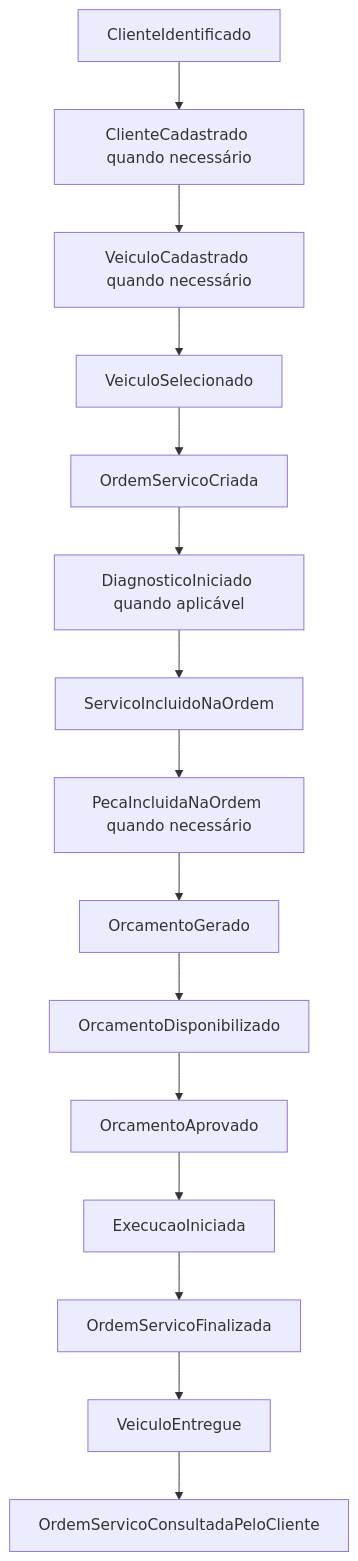
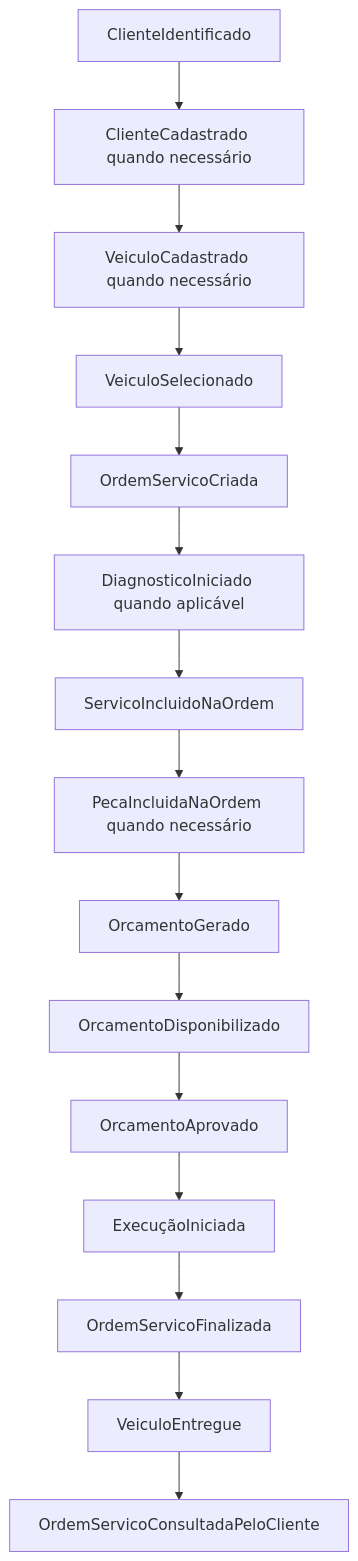
Before and after one commit to yxsbx/SOAT-FIAP: the second of 7 diagrams in docs/EVENT_STORMING.md, drawn with Mermaid. The commit also changed other lines of this file and 34 other files, not shown here.

````diff
--- a/docs/EVENT_STORMING.md
+++ b/docs/EVENT_STORMING.md
@@ -349,20 +349,20 @@
 ```mermaid
 flowchart TD
     E1["ClienteIdentificado"]
     E2["ClienteCadastrado quando necessário"]
     E3["VeiculoCadastrado quando necessário"]
     E4["VeiculoSelecionado"]
     E5["OrdemServicoCriada"]
     E6["DiagnosticoIniciado quando aplicável"]
     E7["ServicoIncluidoNaOrdem"]
     E8["PecaIncluidaNaOrdem quando necessário"]
     E9["OrcamentoGerado"]
     E10["OrcamentoDisponibilizado"]
     E11["OrcamentoAprovado"]
-    E12["ExecucaoIniciada"]
+    E12["ExecuçãoIniciada"]
     E13["OrdemServicoFinalizada"]
     E14["VeiculoEntregue"]
     E15["OrdemServicoConsultadaPeloCliente"]
 
     E1 --> E2 --> E3 --> E4 --> E5 --> E6 --> E7 --> E8 --> E9 --> E10 --> E11 --> E12 --> E13 --> E14 --> E15
 ```
````
